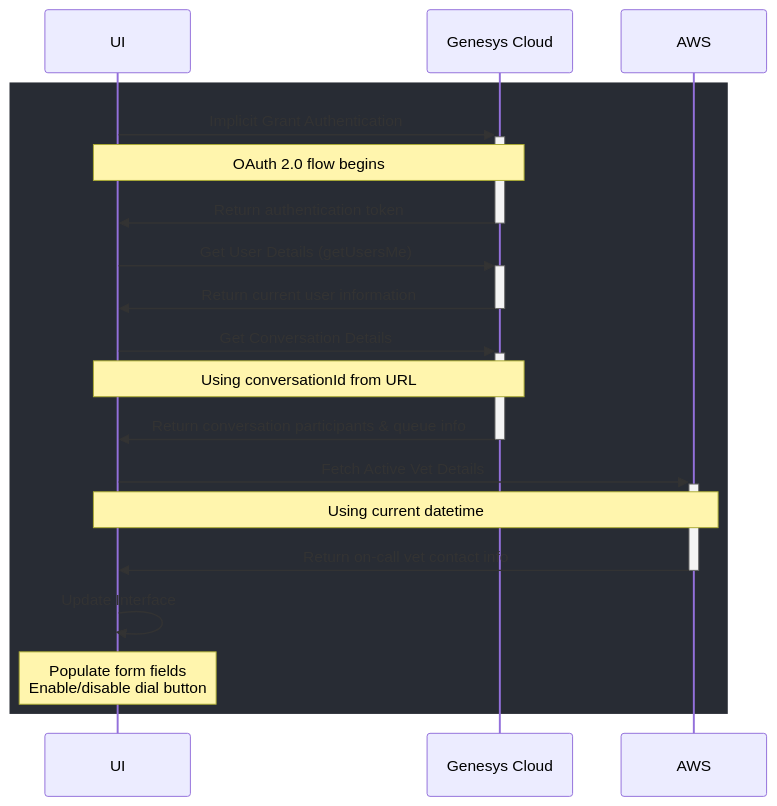
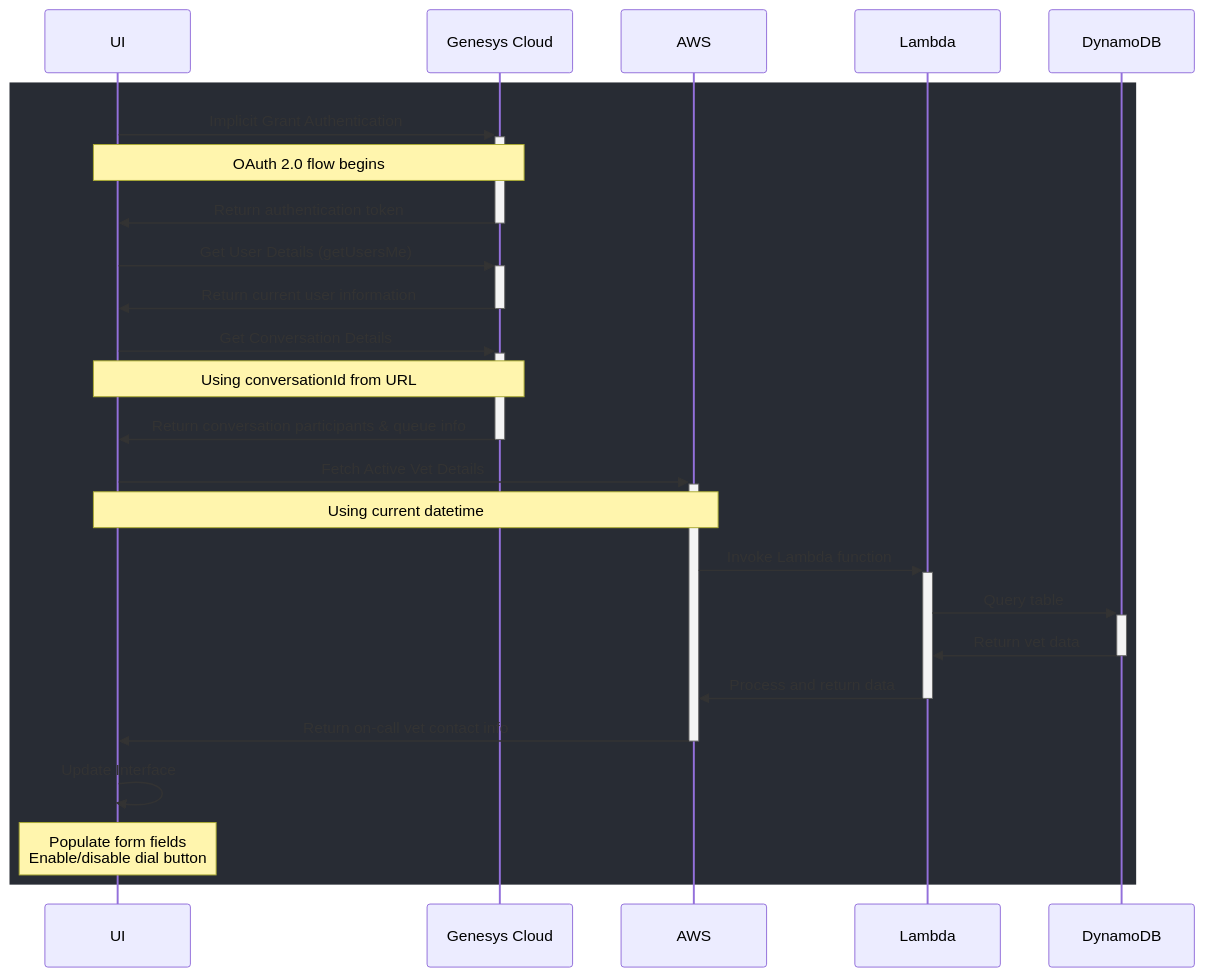
The diagram in README.md (DOAGenesys/GC_interaction_viewer), drawn with Mermaid before and after one commit. The commit also changed other lines of this file, not shown here.

````diff
--- a/README.md
+++ b/README.md
@@ -41,27 +56,30 @@
 ```mermaid
 sequenceDiagram
     participant UI as UI
     participant GC as Genesys Cloud
     participant AWS as AWS
     
-    %% Using bright colors and solid lines for better visibility
     rect rgb(40, 44, 52)
         UI->>+GC: Implicit Grant Authentication
         Note over UI,GC: OAuth 2.0 flow begins
         GC->>-UI: Return authentication token
         
         UI->>+GC: Get User Details (getUsersMe)
         GC->>-UI: Return current user information
         
         UI->>+GC: Get Conversation Details
         Note over UI,GC: Using conversationId from URL
         GC->>-UI: Return conversation participants & queue info
         
         UI->>+AWS: Fetch Active Vet Details
         Note over UI,AWS: Using current datetime
+        AWS->>+Lambda: Invoke Lambda function
+        Lambda->>+DynamoDB: Query table
+        DynamoDB->>-Lambda: Return vet data
+        Lambda->>-AWS: Process and return data
         AWS->>-UI: Return on-call vet contact info
         
         UI->>UI: Update Interface
         Note over UI: Populate form fields<br/>Enable/disable dial button
     end
 ```
````
